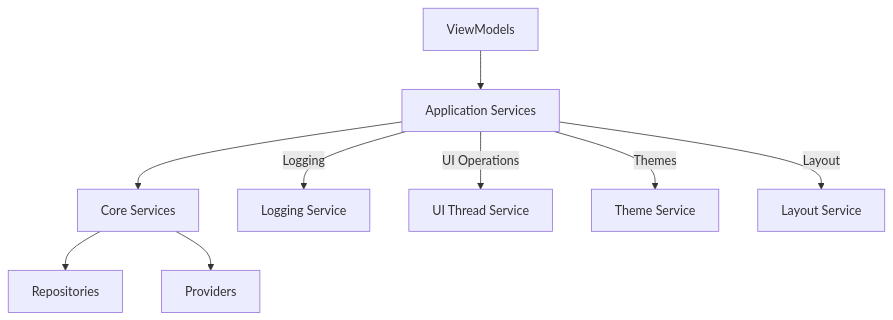
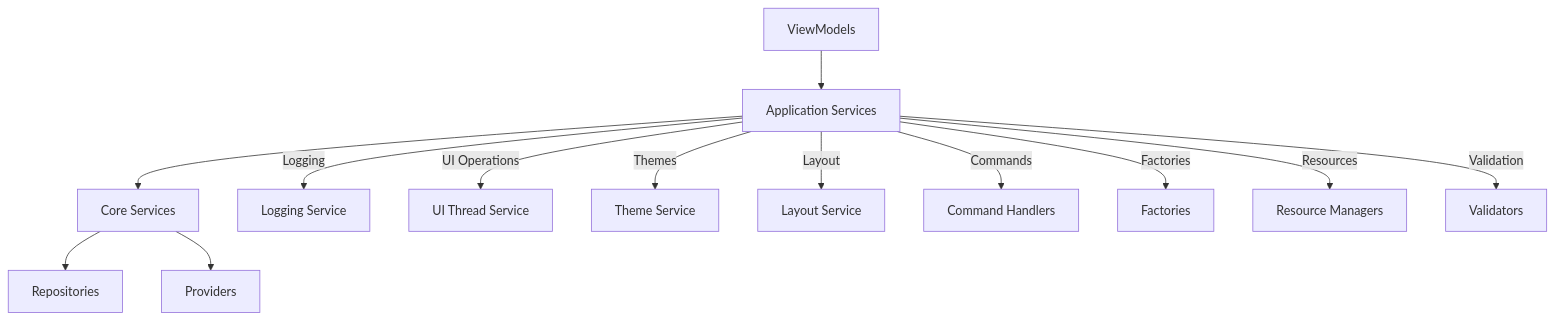
One commit to efargas/S7-Tools changed the second of 2 diagrams in .copilot-tracking/memory-bank/systemPatterns.md. Above: the diagram before and after it, drawn with Mermaid. The commit also changed other lines of this file and 63 other files, not shown here.

````diff
--- a/.copilot-tracking/memory-bank/systemPatterns.md
+++ b/.copilot-tracking/memory-bank/systemPatterns.md
@@ -214,12 +387,16 @@
 ```mermaid
 graph TD
     VM[ViewModels] --> AS[Application Services]
     AS --> CS[Core Services]
     CS --> R[Repositories]
     CS --> P[Providers]
     
     AS --> |"Logging"| LS[Logging Service]
     AS --> |"UI Operations"| UIS[UI Thread Service]
     AS --> |"Themes"| TS[Theme Service]
     AS --> |"Layout"| LAS[Layout Service]
+    AS --> |"Commands"| CH[Command Handlers]
+    AS --> |"Factories"| F[Factories]
+    AS --> |"Resources"| RM[Resource Managers]
+    AS --> |"Validation"| V[Validators]
 ```
````
